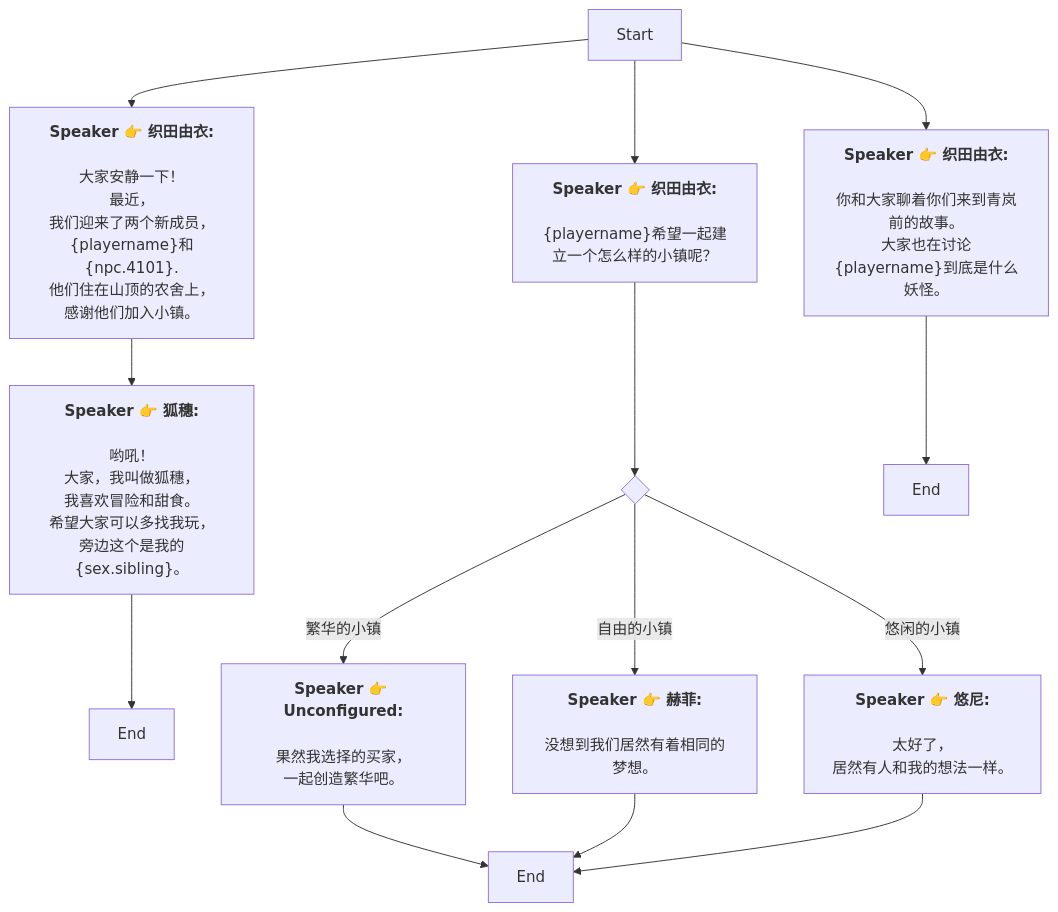
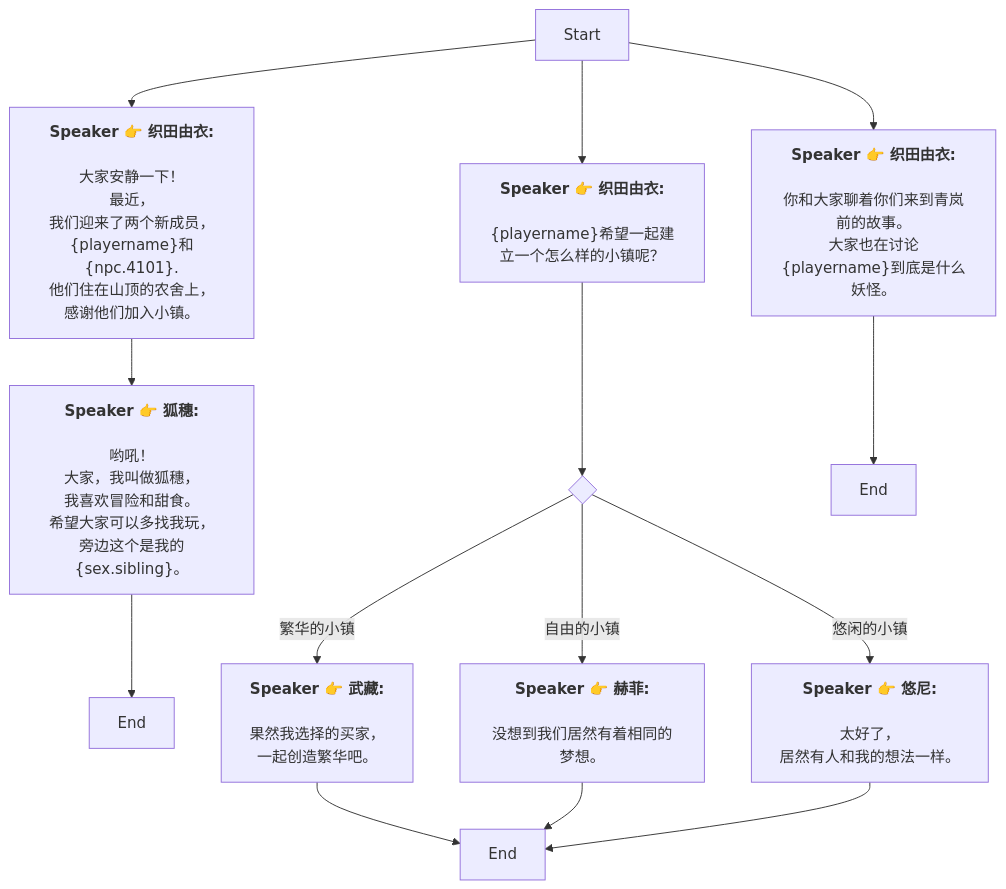
Before and after one commit to SoftHu/tos_avg: the diagram in Zh/MainStory_dialogue_02.md, drawn with Mermaid. The commit also changed 312 other files, not shown here.

````diff
--- a/Zh/MainStory_dialogue_02.md
+++ b/Zh/MainStory_dialogue_02.md
@@ -1,43 +1,43 @@
 ```mermaid
 graph
 Start -->1758978700966534[<b>Speaker 👉 织田由衣:</b>
 
 大家安静一下！
 最近，
 我们迎来了两个新成员，
 &lbrace;playername&rbrace;和&lbrace;npc.4101&rbrace;.
 他们住在山顶的农舍上，
 感谢他们加入小镇。]
 1758978700966534 -->1758988547395240[<b>Speaker 👉 狐穗:</b>
 
 哟吼！
 大家，我叫做狐穗，
 我喜欢冒险和甜食。
 希望大家可以多找我玩，
 旁边这个是我的&lbrace;sex.sibling&rbrace;。]
 1758988547395240 -->1758988331295399[End]
 Start -->1758987591518858[<b>Speaker 👉 织田由衣:</b>
 
 &lbrace;playername&rbrace;希望一起建立一个怎么样的小镇呢？]
 1758987591518858 -->1758987622846091{ }
-1758987622846091 -->|繁华的小镇|1758987649910418[<b>Speaker 👉 Unconfigured:</b>
+1758987622846091 -->|繁华的小镇|1758987649910418[<b>Speaker 👉 武藏:</b>
 
 果然我选择的买家，
 一起创造繁华吧。]
 1758987622846091 -->|自由的小镇|1758987690209939[<b>Speaker 👉 赫菲:</b>
 
 没想到我们居然有着相同的梦想。]
 1758987622846091 -->|悠闲的小镇|1758987694775956[<b>Speaker 👉 悠尼:</b>
 
 太好了，
 居然有人和我的想法一样。]
 1758987649910418 -->1758987782295191[End]
 1758987690209939 -->1758987782295191[End]
 1758987694775956 -->1758987782295191[End]
 Start -->1758989698507443[<b>Speaker 👉 织田由衣:</b>
 
 你和大家聊着你们来到青岚前的故事。
 大家也在讨论&lbrace;playername&rbrace;到底是什么妖怪。]
 1758989698507443 -->1758989730576052[End]
 
  ```
````
